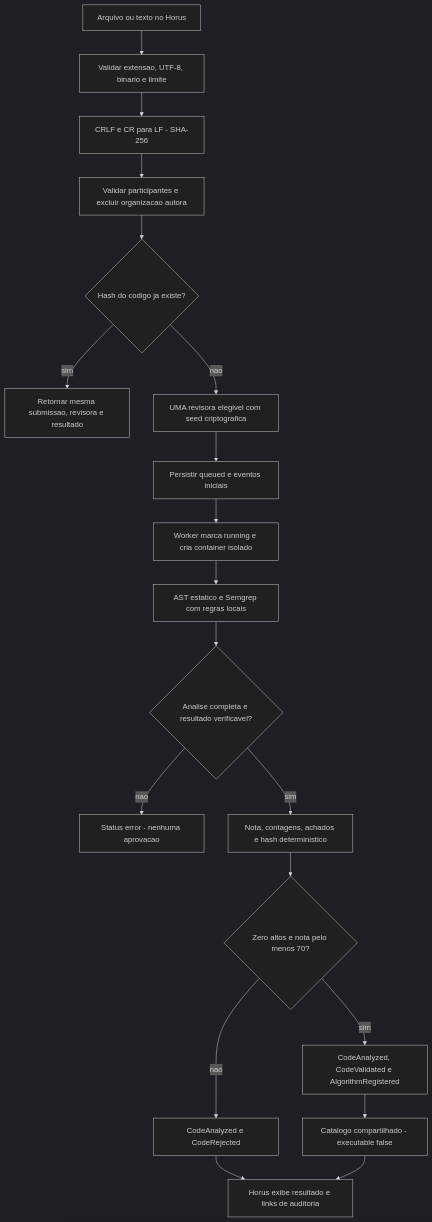
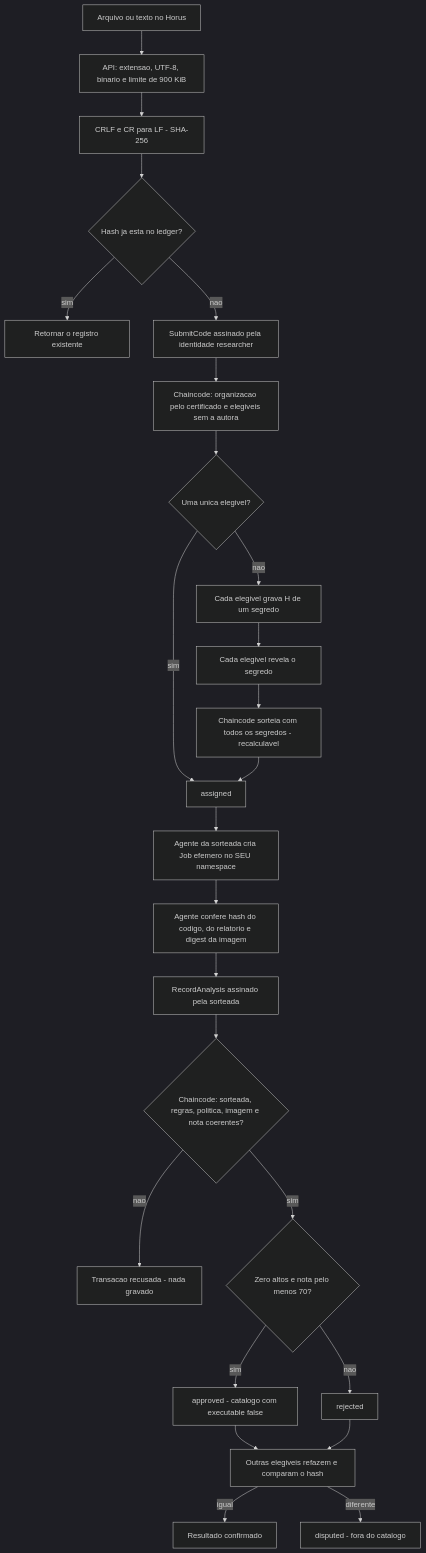
Before and after one commit to meiryleneavelino/ProjectMeiry: the second of 4 diagrams in docs/HORUS_GUIA_COMPLETO.md, drawn with Mermaid (dark theme). The commit also changed other lines of this file and 163 other files, not shown here.

````diff
--- a/docs/HORUS_GUIA_COMPLETO.md
+++ b/docs/HORUS_GUIA_COMPLETO.md
@@ -448,21 +505,27 @@
 ```mermaid
 flowchart TD
-    Texto[Arquivo ou texto no Horus] --> Entrada[Validar extensao, UTF-8, binario e limite]
+    Texto[Arquivo ou texto no Horus] --> Entrada[API: extensao, UTF-8, binario e limite de 900 KiB]
     Entrada --> Normalizar[CRLF e CR para LF - SHA-256]
-    Normalizar --> Contexto[Validar participantes e excluir organizacao autora]
-    Contexto --> Existe{Hash do codigo ja existe?}
-    Existe -->|sim| Reusar[Retornar mesma submissao, revisora e resultado]
-    Existe -->|nao| Sorteio[UMA revisora elegivel com seed criptografica]
-    Sorteio --> Fila[Persistir queued e eventos iniciais]
-    Fila --> Worker[Worker marca running e cria container isolado]
-    Worker --> SAST[AST estatico e Semgrep com regras locais]
-    SAST --> Completa{Analise completa e resultado verificavel?}
-    Completa -->|nao| Erro[Status error - nenhuma aprovacao]
-    Completa -->|sim| Relatorio[Nota, contagens, achados e hash deterministico]
-    Relatorio --> Decisao{Zero altos e nota pelo menos 70?}
-    Decisao -->|nao| Reprovado[CodeAnalyzed e CodeRejected]
-    Decisao -->|sim| Aprovado[CodeAnalyzed, CodeValidated e AlgorithmRegistered]
-    Aprovado --> Catalogo[Catalogo compartilhado - executable false]
-    Reprovado --> Tela[Horus exibe resultado e links de auditoria]
-    Catalogo --> Tela
+    Normalizar --> Existe{Hash ja esta no ledger?}
+    Existe -->|sim| Reusar[Retornar o registro existente]
+    Existe -->|nao| Submit[SubmitCode assinado pela identidade researcher]
+    Submit --> Elegiveis[Chaincode: organizacao pelo certificado e elegiveis sem a autora]
+    Elegiveis --> Uma{Uma unica elegivel?}
+    Uma -->|sim| Assigned[assigned]
+    Uma -->|nao| Commit[Cada elegivel grava H de um segredo]
+    Commit --> Reveal[Cada elegivel revela o segredo]
+    Reveal --> Sorteio[Chaincode sorteia com todos os segredos - recalculavel]
+    Sorteio --> Assigned
+    Assigned --> Job[Agente da sorteada cria Job efemero no SEU namespace]
+    Job --> Confere[Agente confere hash do codigo, do relatorio e digest da imagem]
+    Confere --> Record[RecordAnalysis assinado pela sorteada]
+    Record --> Chaincode{Chaincode: sorteada, regras, politica, imagem e nota coerentes?}
+    Chaincode -->|nao| Recusa[Transacao recusada - nada gravado]
+    Chaincode -->|sim| Decisao{Zero altos e nota pelo menos 70?}
+    Decisao -->|nao| Reprovado[rejected]
+    Decisao -->|sim| Aprovado[approved - catalogo com executable false]
+    Aprovado --> Auditoria[Outras elegiveis refazem e comparam o hash]
+    Reprovado --> Auditoria
+    Auditoria -->|igual| Ok[Resultado confirmado]
+    Auditoria -->|diferente| Disputa[disputed - fora do catalogo]
 ```
````
